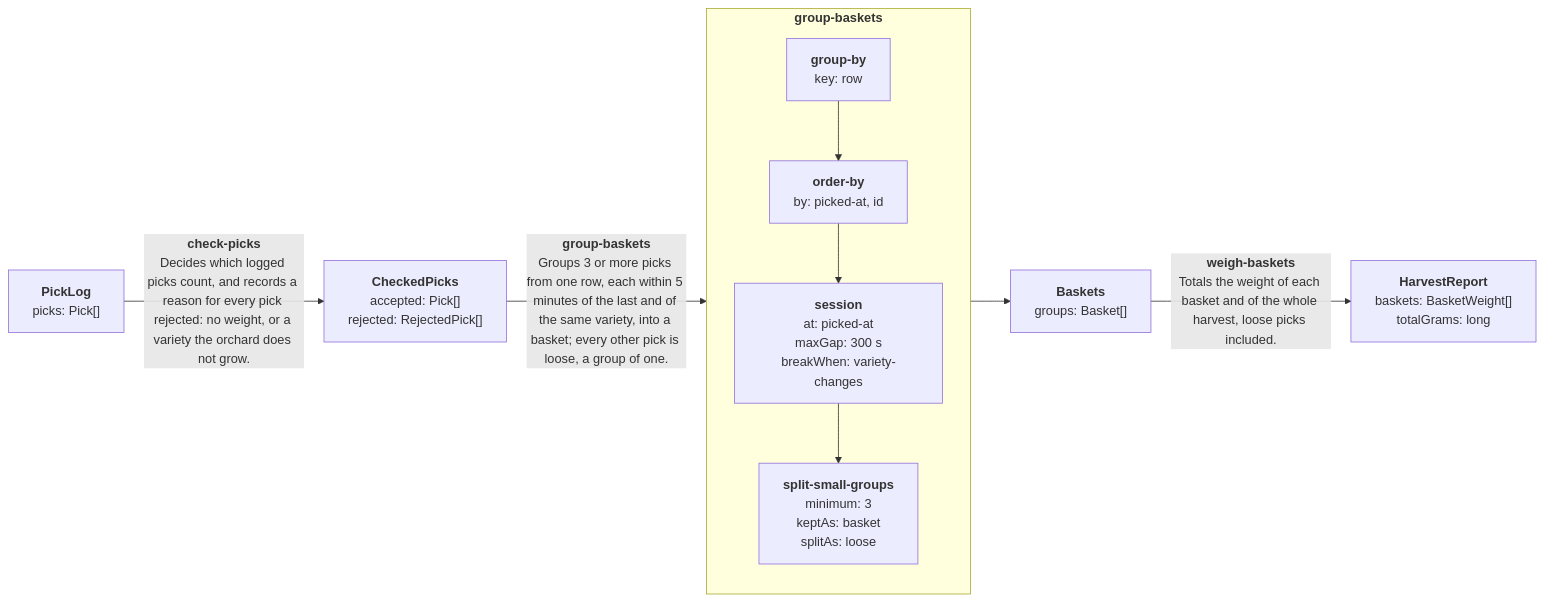
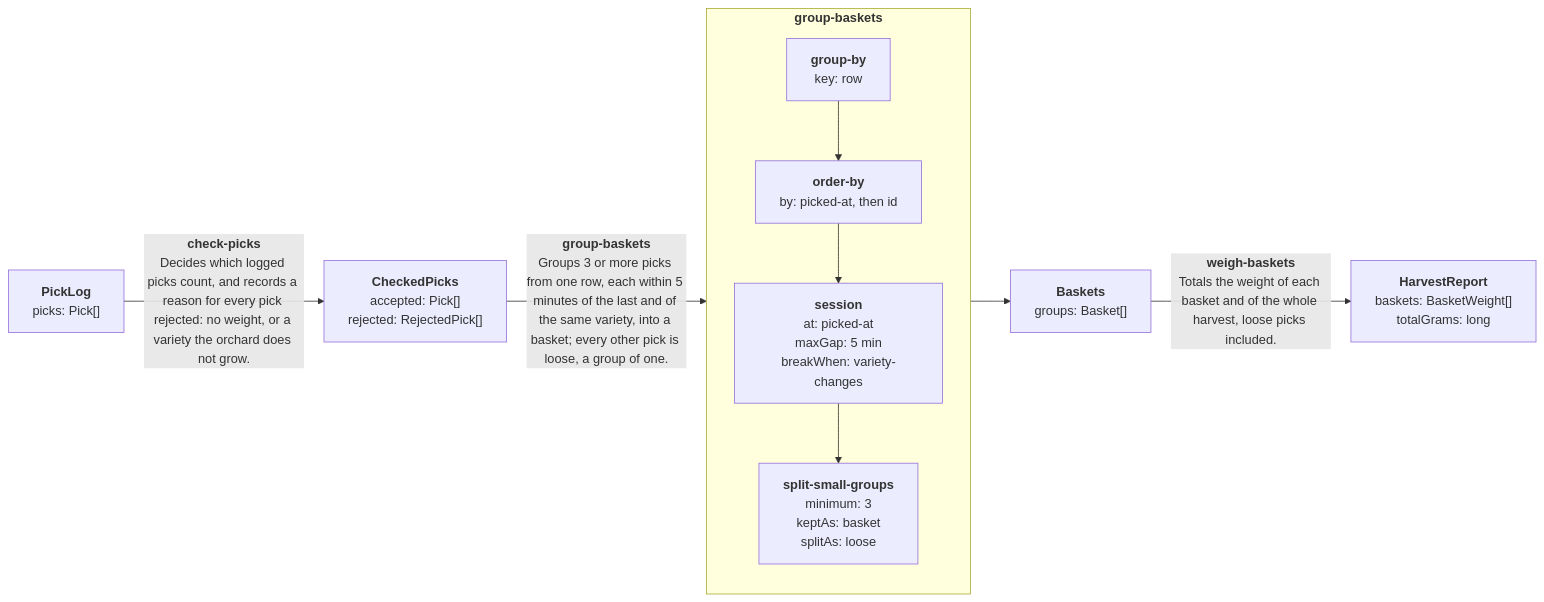
The diagram in samples/harvest/GRAPH.md (Dan-Price-Photography/seamlineage), drawn with Mermaid before and after one commit. The commit also changed other lines of this file and 40 other files, not shown here.

````diff
--- a/samples/harvest/GRAPH.md
+++ b/samples/harvest/GRAPH.md
@@ -9,38 +9,38 @@
 ```mermaid
 flowchart LR
     PickLog["`**PickLog**
 picks: Pick[]`"]
     CheckedPicks["`**CheckedPicks**
 accepted: Pick[]
 rejected: RejectedPick[]`"]
     Baskets["`**Baskets**
 groups: Basket[]`"]
     HarvestReport["`**HarvestReport**
 baskets: BasketWeight[]
 totalGrams: long`"]
     PickLog -->|"`**check-picks**
 Decides which logged picks count, and records a reason for every pick rejected: no weight, or a variety the orchard does not grow.`"| CheckedPicks
     subgraph group_baskets["`**group-baskets**`"]
         direction TB
         group_baskets_1["`**group-by**
 key: row`"]
         group_baskets_2["`**order-by**
-by: picked-at, id`"]
+by: picked-at, then id`"]
         group_baskets_3["`**session**
 at: picked-at
-maxGap: 300 s
+maxGap: 5 min
 breakWhen: variety-changes`"]
         group_baskets_4["`**split-small-groups**
 minimum: 3
 keptAs: basket
 splitAs: loose`"]
         group_baskets_1 --> group_baskets_2
         group_baskets_2 --> group_baskets_3
         group_baskets_3 --> group_baskets_4
     end
     CheckedPicks -->|"`**group-baskets**
 Groups 3 or more picks from one row, each within 5 minutes of the last and of the same variety, into a basket; every other pick is loose, a group of one.`"| group_baskets
     group_baskets --> Baskets
     Baskets -->|"`**weigh-baskets**
 Totals the weight of each basket and of the whole harvest, loose picks included.`"| HarvestReport
 ```
````
